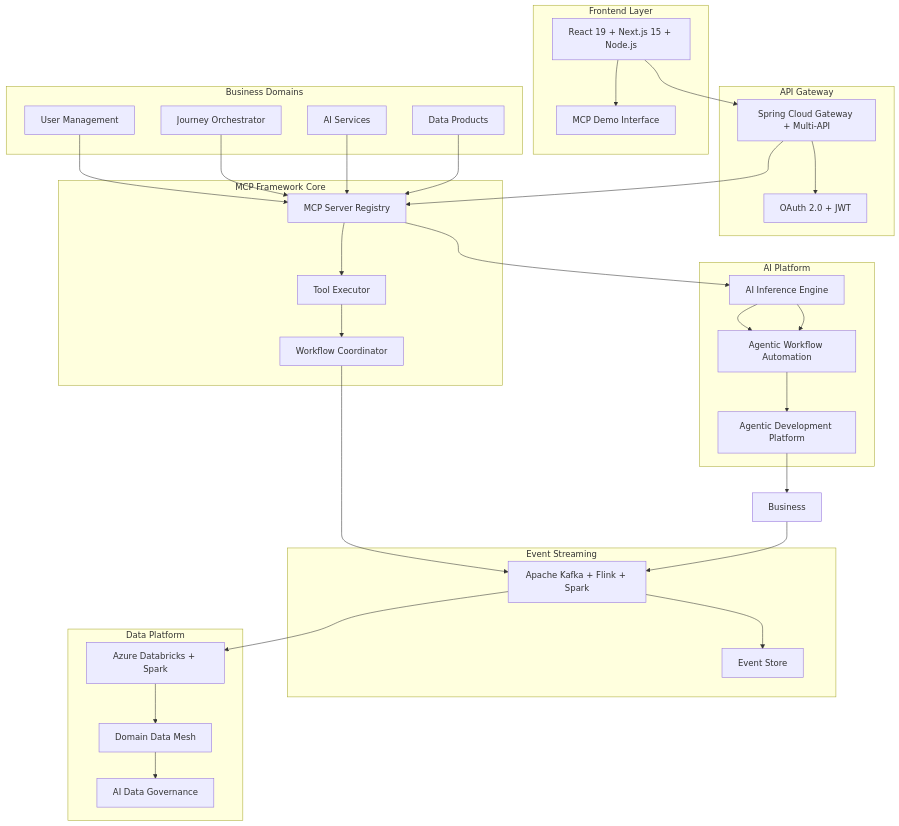
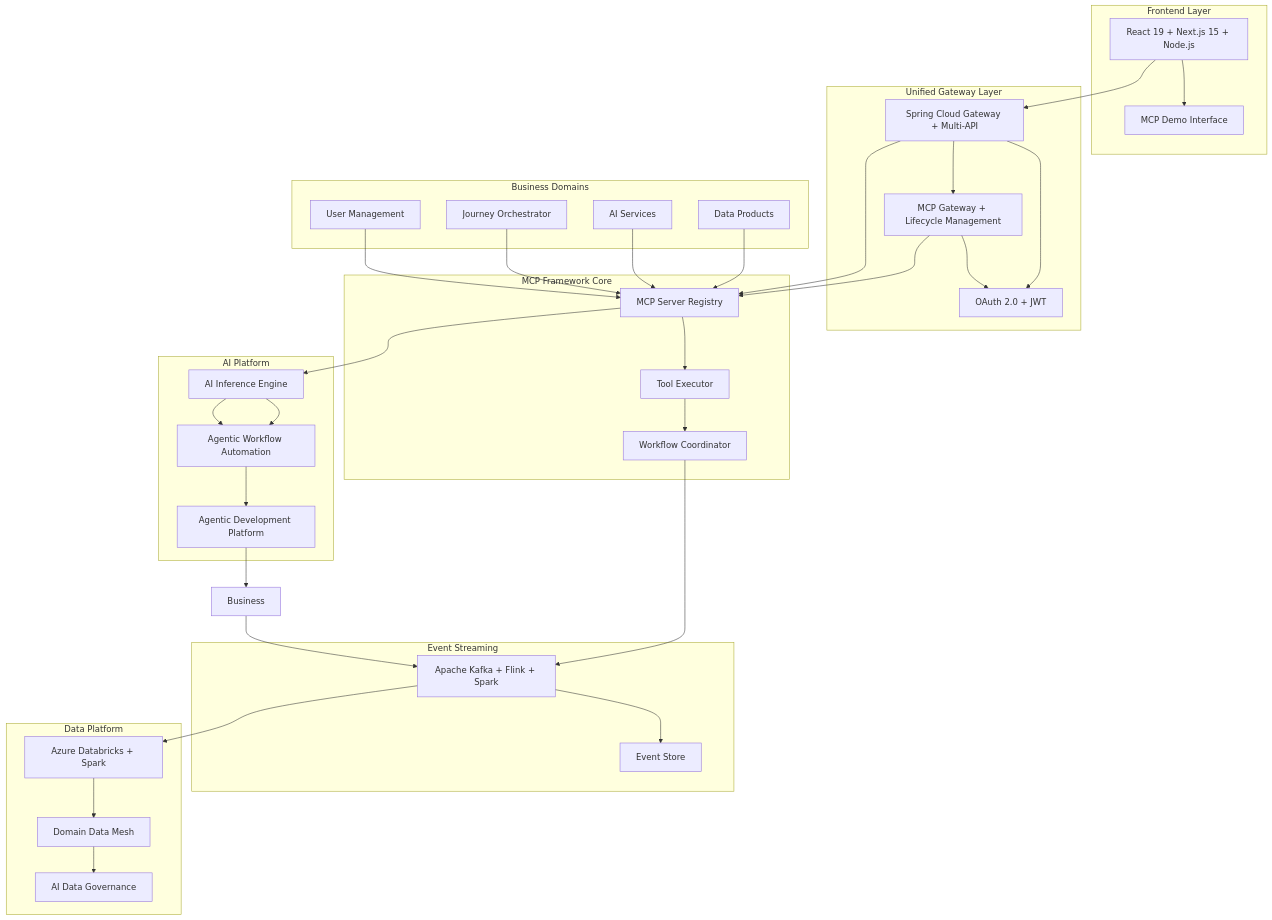
Before and after one commit to calvinlee999/react_next_java_journey: the first of 7 diagrams in README.md, drawn with Mermaid. The commit also changed other lines of this file and 1 other file, not shown here.

First line of the commit message:
Add MCP Gateway for Unified API and MCP Lifecycle Management

````diff
--- a/README.md
+++ b/README.md
@@ -20,69 +20,74 @@
 ```mermaid
 graph TB
     subgraph "Frontend Layer"
         UI[React 19 + Next.js 15 + Node.js]
         Demo[MCP Demo Interface]
         UI --> Demo
     end
     
-    subgraph "API Gateway"
-        Gateway[Spring Cloud Gateway + Multi-API]
+    subgraph "Unified Gateway Layer"
+        APIGateway[Spring Cloud Gateway + Multi-API]
+        MCPGateway[MCP Gateway + Lifecycle Management]
         Auth[OAuth 2.0 + JWT]
-        Gateway --> Auth
+        
+        APIGateway --> Auth
+        MCPGateway --> Auth
+        APIGateway --> MCPGateway
     end
     
     subgraph "MCP Framework Core"
         Registry[MCP Server Registry]
         Executor[Tool Executor]
         Coordinator[Workflow Coordinator]
         
         Registry --> Executor
         Executor --> Coordinator
     end
     
     subgraph "AI Platform"
         AIInference[AI Inference Engine]
         AgenticWorkflow[Agentic Workflow Automation]
         AgenticDev[Agentic Development Platform]
         
         AIInference --> AgenticWorkflow
         AgenticWorkflow --> AgenticDev
     end
     
     subgraph "Business Domains"
         User[User Management]
         Journey[Journey Orchestrator]
         AIServices[AI Services]
         Data[Data Products]
         
         User --> Registry
         Journey --> Registry
         AIServices --> Registry
         Data --> Registry
     end
     
     subgraph "Event Streaming"
         Kafka[Apache Kafka + Flink + Spark]
         Events[Event Store]
         
         Kafka --> Events
     end
     
     subgraph "Data Platform"
         Databricks[Azure Databricks + Spark]
         DataMesh[Domain Data Mesh]
         Governance[AI Data Governance]
         
         Databricks --> DataMesh
         DataMesh --> Governance
     end
     
-    UI --> Gateway
-    Gateway --> Registry
+    UI --> APIGateway
+    APIGateway --> Registry
+    MCPGateway --> Registry
     Registry --> AIInference
     AIInference --> AgenticWorkflow
     AgenticDev --> Business
     Coordinator --> Kafka
     Business --> Kafka
     Kafka --> Databricks
 ```
````
